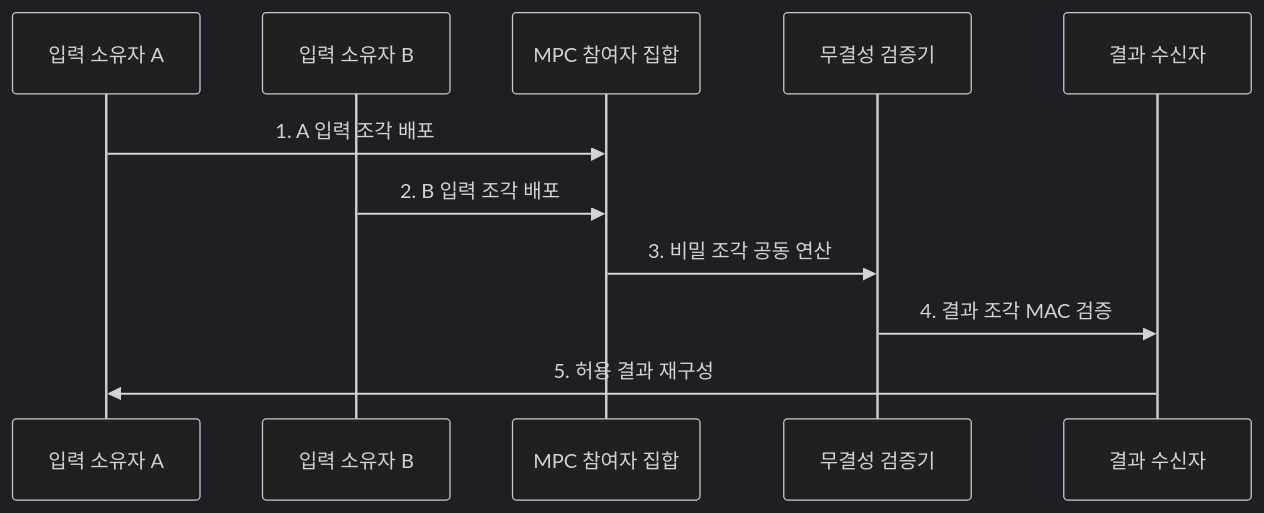
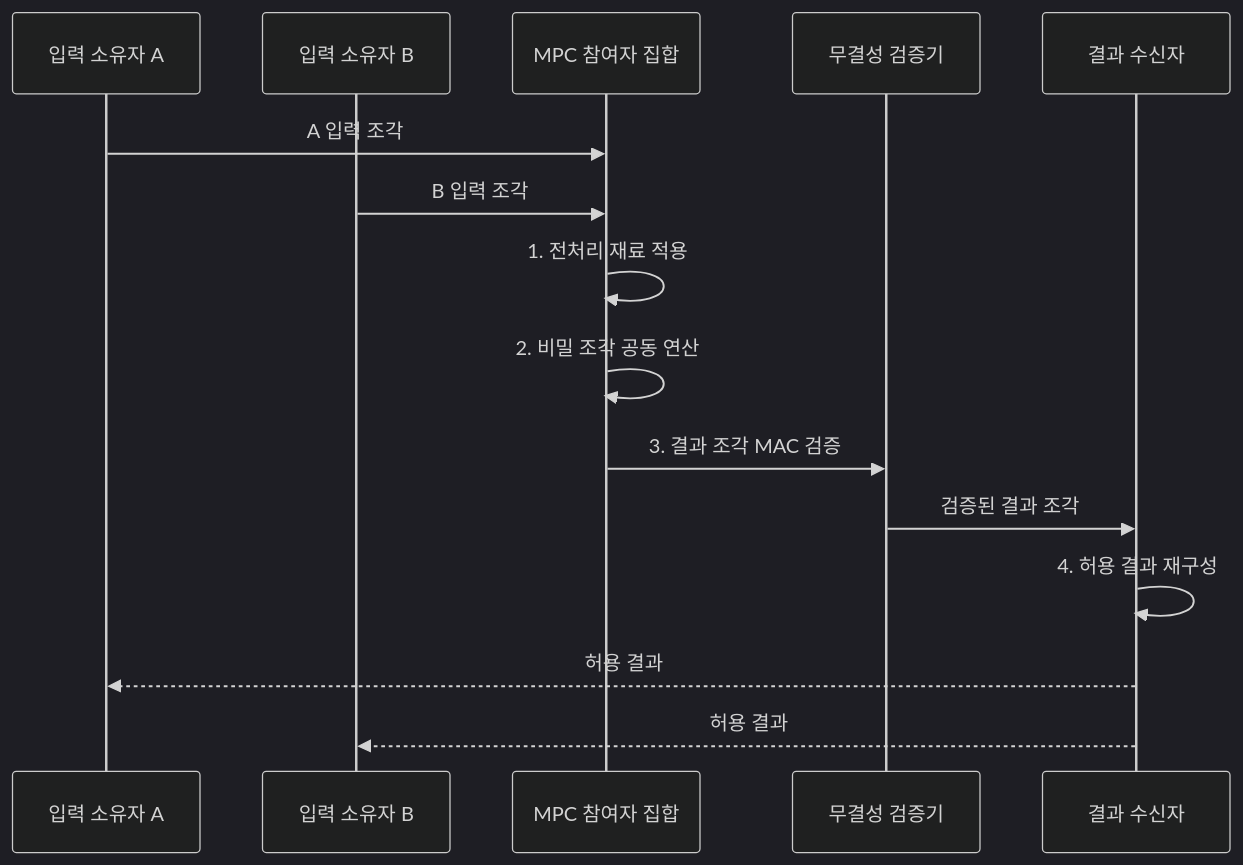
One commit to agnusdei1207/knowledge-base changed the second of 2 diagrams in src/content/docs/notes/05-security/017_secure_multi_party_computation.md. Above: the diagram before and after it, drawn with Mermaid (dark theme). The commit also changed other lines of this file and 20 other files, not shown here.

````diff
--- a/src/content/docs/notes/05-security/017_secure_multi_party_computation.md
+++ b/src/content/docs/notes/05-security/017_secure_multi_party_computation.md
@@ -91,13 +91,17 @@
 ```mermaid
 sequenceDiagram
     participant A as 입력 소유자 A
     participant B as 입력 소유자 B
     participant M as MPC 참여자 집합
     participant V as 무결성 검증기
     participant R as 결과 수신자
-    A->>M: 1. A 입력 조각 배포
-    B->>M: 2. B 입력 조각 배포
-    M->>V: 3. 비밀 조각 공동 연산
-    V->>R: 4. 결과 조각 MAC 검증
-    R->>A: 5. 허용 결과 재구성
+    A->>M: A 입력 조각
+    B->>M: B 입력 조각
+    M->>M: 1. 전처리 재료 적용
+    M->>M: 2. 비밀 조각 공동 연산
+    M->>V: 3. 결과 조각 MAC 검증
+    V->>R: 검증된 결과 조각
+    R->>R: 4. 허용 결과 재구성
+    R-->>A: 허용 결과
+    R-->>B: 허용 결과
 ```
````
